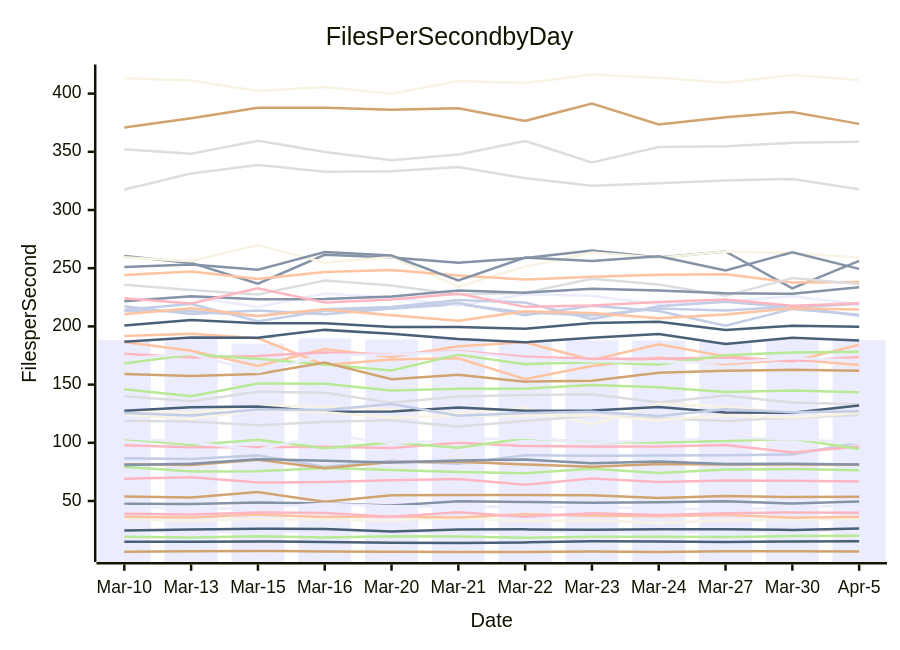
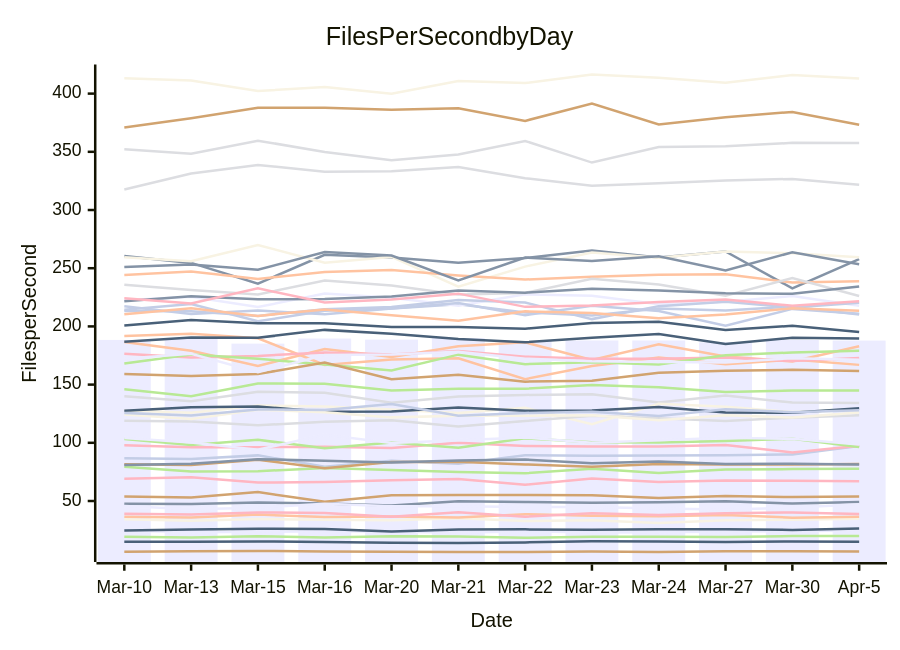
The diagram in perf-report.md (streetsidesoftware/cspell), drawn with Mermaid before and after one commit. The commit also changed other lines of this file and 2 other files, not shown here.

````diff
--- a/perf-report.md
+++ b/perf-report.md
@@ -11,57 +11,57 @@
 ```mermaid
 xychart-beta
     title Files Per Second by Day
     y-axis Files per Second
     x-axis Date [Mar-10, Mar-13, Mar-15, Mar-16, Mar-20, Mar-21, Mar-22, Mar-23, Mar-24, Mar-27, Mar-30, Apr-5]
-    bar [188.38, 189.98, 185.21, 189.57, 188.63, 189.87, 187.45, 187.93, 187.93, 186.35, 188.30, 188.30]
-    line [47.70, 47.47, 48.64, 47.90, 46.22, 49.72, 49.15, 48.47, 48.92, 49.74, 47.82, 49.68]
-    line [186.65, 179.06, 166.05, 180.55, 173.75, 182.92, 186.30, 171.18, 184.68, 174.16, 169.88, 184.26]
-    line [140.01, 135.63, 143.93, 142.95, 134.36, 139.82, 141.15, 141.79, 134.53, 140.55, 134.62, 133.22]
-    line [146.06, 140.05, 150.95, 150.81, 144.94, 146.39, 146.52, 149.65, 147.78, 143.68, 144.97, 143.41]
-    line [53.77, 52.96, 57.64, 49.40, 55.01, 55.07, 55.14, 54.97, 52.69, 54.36, 53.37, 53.65]
-    line [86.73, 86.09, 89.20, 79.46, 84.64, 82.02, 89.37, 88.80, 89.20, 89.35, 90.00, 100.34]
-    line [69.18, 70.51, 65.83, 66.30, 67.73, 68.98, 63.91, 69.35, 66.34, 67.66, 67.35, 66.67]
-    line [14.93, 14.92, 15.23, 14.84, 14.06, 13.99, 14.45, 15.39, 15.15, 14.76, 15.30, 15.42]
-    line [127.81, 125.76, 132.01, 131.14, 128.67, 125.67, 130.11, 116.06, 133.46, 130.91, 126.44, 126.73]
-    line [24.56, 23.16, 23.57, 24.07, 23.83, 22.72, 24.07, 23.01, 23.19, 23.80, 24.02, 24.92]
-    line [260.43, 254.55, 236.73, 261.47, 259.22, 254.59, 258.80, 265.17, 259.19, 264.34, 232.73, 256.34]
-    line [191.68, 193.62, 189.84, 166.89, 171.60, 172.56, 154.71, 166.00, 173.35, 167.42, 171.49, 166.94]
-    line [352.21, 348.39, 359.59, 349.81, 342.75, 347.71, 359.34, 340.76, 354.09, 354.69, 357.70, 358.72]
-    line [79.36, 75.39, 75.58, 78.40, 76.58, 74.92, 73.83, 77.77, 74.02, 77.10, 77.41, 76.42]
-    line [81.66, 80.93, 85.41, 78.19, 83.51, 83.81, 81.43, 79.47, 81.70, 81.36, 81.35, 81.10]
-    line [214.22, 219.20, 204.44, 213.42, 215.32, 218.95, 211.96, 209.30, 215.41, 213.73, 216.98, 209.25]
-    line [176.56, 173.19, 174.63, 177.66, 175.92, 178.79, 174.01, 172.30, 172.16, 173.35, 170.18, 173.69]
-    line [186.81, 190.52, 190.26, 197.02, 193.75, 189.15, 186.42, 190.28, 193.49, 184.99, 190.27, 187.90]
-    line [259.39, 256.02, 269.97, 254.79, 259.65, 234.19, 251.38, 263.45, 259.03, 264.42, 262.82, 259.10]
-    line [222.38, 225.56, 216.60, 228.18, 224.68, 217.69, 227.52, 226.28, 219.14, 221.19, 226.02, 218.82]
-    line [81.02, 82.11, 85.90, 84.63, 82.99, 84.87, 85.57, 82.40, 83.84, 81.84, 82.00, 81.29]
-    line [244.22, 247.23, 240.74, 246.80, 248.37, 243.77, 240.29, 242.61, 244.28, 244.79, 237.77, 238.20]
-    line [235.85, 231.18, 227.46, 239.47, 235.22, 227.41, 228.79, 241.01, 235.98, 226.38, 241.62, 236.47]
-    line [168.17, 175.84, 172.23, 167.20, 162.09, 175.73, 167.53, 169.26, 167.37, 175.14, 177.59, 178.26]
-    line [6.32, 6.79, 7.12, 6.59, 6.35, 6.19, 6.26, 6.60, 6.25, 6.74, 6.77, 6.58]
-    line [217.40, 210.64, 213.63, 210.38, 215.44, 220.20, 209.66, 217.73, 213.19, 200.65, 215.04, 209.92]
-    line [97.82, 96.22, 96.21, 96.60, 95.61, 100.00, 97.34, 96.90, 96.73, 98.18, 91.72, 96.88]
-    line [127.60, 130.54, 131.20, 126.76, 126.98, 130.36, 127.52, 127.75, 130.81, 125.94, 125.76, 132.13]
-    line [34.36, 33.03, 34.53, 33.80, 33.49, 35.23, 32.80, 33.41, 31.17, 33.44, 33.97, 34.55]
-    line [45.79, 43.00, 44.30, 47.55, 45.42, 45.55, 44.76, 44.94, 43.55, 42.67, 44.21, 46.86]
-    line [221.56, 225.82, 223.33, 223.62, 225.78, 230.86, 229.00, 232.44, 230.81, 228.49, 228.09, 233.73]
-    line [36.38, 35.91, 38.37, 36.25, 36.61, 35.87, 38.67, 37.37, 36.99, 37.97, 35.69, 36.55]
-    line [118.95, 118.40, 114.99, 118.14, 119.47, 113.95, 118.70, 123.16, 121.00, 118.77, 121.60, 123.96]
-    line [103.33, 98.05, 102.55, 95.32, 100.34, 95.68, 103.94, 100.49, 100.37, 101.61, 103.43, 94.77]
-    line [159.01, 157.48, 159.10, 169.05, 154.54, 158.47, 152.54, 153.40, 160.13, 161.83, 162.72, 161.87]
-    line [213.30, 213.00, 209.05, 214.75, 216.78, 222.67, 220.47, 206.28, 217.42, 221.24, 216.32, 219.52]
-    line [38.99, 38.46, 40.13, 39.77, 36.42, 40.38, 36.50, 39.38, 38.08, 39.48, 40.18, 39.94]
-    line [24.74, 25.60, 26.18, 25.98, 23.83, 25.61, 25.64, 25.22, 25.67, 25.63, 25.15, 26.29]
-    line [124.38, 120.45, 128.40, 126.26, 121.85, 123.29, 123.31, 123.57, 119.37, 123.63, 121.70, 125.73]
-    line [104.19, 100.36, 94.07, 106.95, 99.82, 102.15, 104.63, 100.11, 102.26, 104.28, 103.40, 100.11]
-    line [250.97, 253.10, 248.68, 263.99, 260.91, 239.46, 259.16, 256.10, 260.18, 248.06, 263.68, 249.41]
-    line [210.46, 215.67, 209.05, 214.60, 209.59, 204.82, 212.94, 211.50, 207.03, 210.21, 215.65, 214.43]
-    line [317.67, 331.44, 338.69, 332.97, 333.24, 336.87, 327.34, 320.84, 322.94, 325.27, 326.73, 317.88]
-    line [19.22, 18.67, 19.78, 18.71, 19.79, 19.47, 18.35, 19.30, 19.37, 19.08, 19.88, 20.21]
-    line [370.91, 378.91, 387.90, 387.80, 386.06, 387.41, 376.59, 391.51, 373.44, 379.72, 384.27, 374.01]
-    line [125.61, 123.50, 128.64, 128.22, 133.34, 123.28, 125.66, 126.65, 122.93, 128.82, 126.34, 127.18]
-    line [224.11, 219.75, 232.68, 220.52, 223.12, 228.15, 216.79, 218.07, 220.91, 223.03, 217.84, 219.98]
-    line [200.86, 205.50, 202.63, 202.69, 199.56, 199.40, 197.96, 202.91, 203.92, 196.82, 200.56, 199.63]
-    line [413.29, 411.20, 402.18, 405.65, 399.88, 410.92, 409.10, 416.42, 413.72, 409.38, 416.05, 411.60]
-    line [172.27, 176.52, 160.55, 175.49, 175.91, 178.24, 172.29, 170.07, 169.37, 169.09, 172.70, 170.68]
+    bar [188.38, 189.98, 185.21, 189.57, 188.63, 189.87, 187.45, 187.93, 187.93, 186.35, 188.30, 187.81]
+    line [47.70, 47.47, 48.64, 47.90, 46.22, 49.72, 49.15, 48.47, 48.92, 49.74, 47.82, 49.22]
+    line [186.65, 179.06, 166.05, 180.55, 173.75, 182.92, 186.30, 171.18, 184.68, 174.16, 169.88, 182.89]
+    line [140.01, 135.63, 143.93, 142.95, 134.36, 139.82, 141.15, 141.79, 134.53, 140.55, 134.62, 134.19]
+    line [146.06, 140.05, 150.95, 150.81, 144.94, 146.39, 146.52, 149.65, 147.78, 143.68, 144.97, 144.90]
+    line [53.77, 52.96, 57.64, 49.40, 55.01, 55.07, 55.14, 54.97, 52.69, 54.36, 53.37, 53.82]
+    line [86.73, 86.09, 89.20, 79.46, 84.64, 82.02, 89.37, 88.80, 89.20, 89.35, 90.00, 97.23]
+    line [69.18, 70.51, 65.83, 66.30, 67.73, 68.98, 63.91, 69.35, 66.34, 67.66, 67.35, 66.87]
+    line [14.93, 14.92, 15.23, 14.84, 14.06, 13.99, 14.45, 15.39, 15.15, 14.76, 15.30, 14.95]
+    line [127.81, 125.76, 132.01, 131.14, 128.67, 125.67, 130.11, 116.06, 133.46, 130.91, 126.44, 128.14]
+    line [24.56, 23.16, 23.57, 24.07, 23.83, 22.72, 24.07, 23.01, 23.19, 23.80, 24.02, 24.56]
+    line [260.43, 254.55, 236.73, 261.47, 259.22, 254.59, 258.80, 265.17, 259.19, 264.34, 232.73, 257.73]
+    line [191.68, 193.62, 189.84, 166.89, 171.60, 172.56, 154.71, 166.00, 173.35, 167.42, 171.49, 166.95]
+    line [352.21, 348.39, 359.59, 349.81, 342.75, 347.71, 359.34, 340.76, 354.09, 354.69, 357.70, 357.50]
+    line [79.36, 75.39, 75.58, 78.40, 76.58, 74.92, 73.83, 77.77, 74.02, 77.10, 77.41, 77.73]
+    line [81.66, 80.93, 85.41, 78.19, 83.51, 83.81, 81.43, 79.47, 81.70, 81.36, 81.35, 81.81]
+    line [214.22, 219.20, 204.44, 213.42, 215.32, 218.95, 211.96, 209.30, 215.41, 213.73, 216.98, 210.20]
+    line [176.56, 173.19, 174.63, 177.66, 175.92, 178.79, 174.01, 172.30, 172.16, 173.35, 170.18, 172.81]
+    line [186.81, 190.52, 190.26, 197.02, 193.75, 189.15, 186.42, 190.28, 193.49, 184.99, 190.27, 189.55]
+    line [259.39, 256.02, 269.97, 254.79, 259.65, 234.19, 251.38, 263.45, 259.03, 264.42, 262.82, 259.51]
+    line [222.38, 225.56, 216.60, 228.18, 224.68, 217.69, 227.52, 226.28, 219.14, 221.19, 226.02, 217.73]
+    line [81.02, 82.11, 85.90, 84.63, 82.99, 84.87, 85.57, 82.40, 83.84, 81.84, 82.00, 81.46]
+    line [244.22, 247.23, 240.74, 246.80, 248.37, 243.77, 240.29, 242.61, 244.28, 244.79, 237.77, 238.81]
+    line [235.85, 231.18, 227.46, 239.47, 235.22, 227.41, 228.79, 241.01, 235.98, 226.38, 241.62, 226.17]
+    line [168.17, 175.84, 172.23, 167.20, 162.09, 175.73, 167.53, 169.26, 167.37, 175.14, 177.59, 179.11]
+    line [6.32, 6.79, 7.12, 6.59, 6.35, 6.19, 6.26, 6.60, 6.25, 6.74, 6.77, 6.57]
+    line [217.40, 210.64, 213.63, 210.38, 215.44, 220.20, 209.66, 217.73, 213.19, 200.65, 215.04, 210.95]
+    line [97.82, 96.22, 96.21, 96.60, 95.61, 100.00, 97.34, 96.90, 96.73, 98.18, 91.72, 97.44]
+    line [127.60, 130.54, 131.20, 126.76, 126.98, 130.36, 127.52, 127.75, 130.81, 125.94, 125.76, 129.75]
+    line [34.36, 33.03, 34.53, 33.80, 33.49, 35.23, 32.80, 33.41, 31.17, 33.44, 33.97, 34.80]
+    line [45.79, 43.00, 44.30, 47.55, 45.42, 45.55, 44.76, 44.94, 43.55, 42.67, 44.21, 47.13]
+    line [221.56, 225.82, 223.33, 223.62, 225.78, 230.86, 229.00, 232.44, 230.81, 228.49, 228.09, 234.26]
+    line [36.38, 35.91, 38.37, 36.25, 36.61, 35.87, 38.67, 37.37, 36.99, 37.97, 35.69, 36.40]
+    line [118.95, 118.40, 114.99, 118.14, 119.47, 113.95, 118.70, 123.16, 121.00, 118.77, 121.60, 123.74]
+    line [103.33, 98.05, 102.55, 95.32, 100.34, 95.68, 103.94, 100.49, 100.37, 101.61, 103.43, 96.40]
+    line [159.01, 157.48, 159.10, 169.05, 154.54, 158.47, 152.54, 153.40, 160.13, 161.83, 162.72, 161.59]
+    line [213.30, 213.00, 209.05, 214.75, 216.78, 222.67, 220.47, 206.28, 217.42, 221.24, 216.32, 220.41]
+    line [38.99, 38.46, 40.13, 39.77, 36.42, 40.38, 36.50, 39.38, 38.08, 39.48, 40.18, 38.93]
+    line [24.74, 25.60, 26.18, 25.98, 23.83, 25.61, 25.64, 25.22, 25.67, 25.63, 25.15, 26.46]
+    line [124.38, 120.45, 128.40, 126.26, 121.85, 123.29, 123.31, 123.57, 119.37, 123.63, 121.70, 126.05]
+    line [104.19, 100.36, 94.07, 106.95, 99.82, 102.15, 104.63, 100.11, 102.26, 104.28, 103.40, 98.55]
+    line [250.97, 253.10, 248.68, 263.99, 260.91, 239.46, 259.16, 256.10, 260.18, 248.06, 263.68, 253.34]
+    line [210.46, 215.67, 209.05, 214.60, 209.59, 204.82, 212.94, 211.50, 207.03, 210.21, 215.65, 213.52]
+    line [317.67, 331.44, 338.69, 332.97, 333.24, 336.87, 327.34, 320.84, 322.94, 325.27, 326.73, 321.72]
+    line [19.22, 18.67, 19.78, 18.71, 19.79, 19.47, 18.35, 19.30, 19.37, 19.08, 19.88, 20.02]
+    line [370.91, 378.91, 387.90, 387.80, 386.06, 387.41, 376.59, 391.51, 373.44, 379.72, 384.27, 373.30]
+    line [125.61, 123.50, 128.64, 128.22, 133.34, 123.28, 125.66, 126.65, 122.93, 128.82, 126.34, 127.91]
+    line [224.11, 219.75, 232.68, 220.52, 223.12, 228.15, 216.79, 218.07, 220.91, 223.03, 217.84, 221.62]
+    line [200.86, 205.50, 202.63, 202.69, 199.56, 199.40, 197.96, 202.91, 203.92, 196.82, 200.56, 195.13]
+    line [413.29, 411.20, 402.18, 405.65, 399.88, 410.92, 409.10, 416.42, 413.72, 409.38, 416.05, 413.02]
+    line [172.27, 176.52, 160.55, 175.49, 175.91, 178.24, 172.29, 170.07, 169.37, 169.09, 172.70, 171.27]
 ```
````
